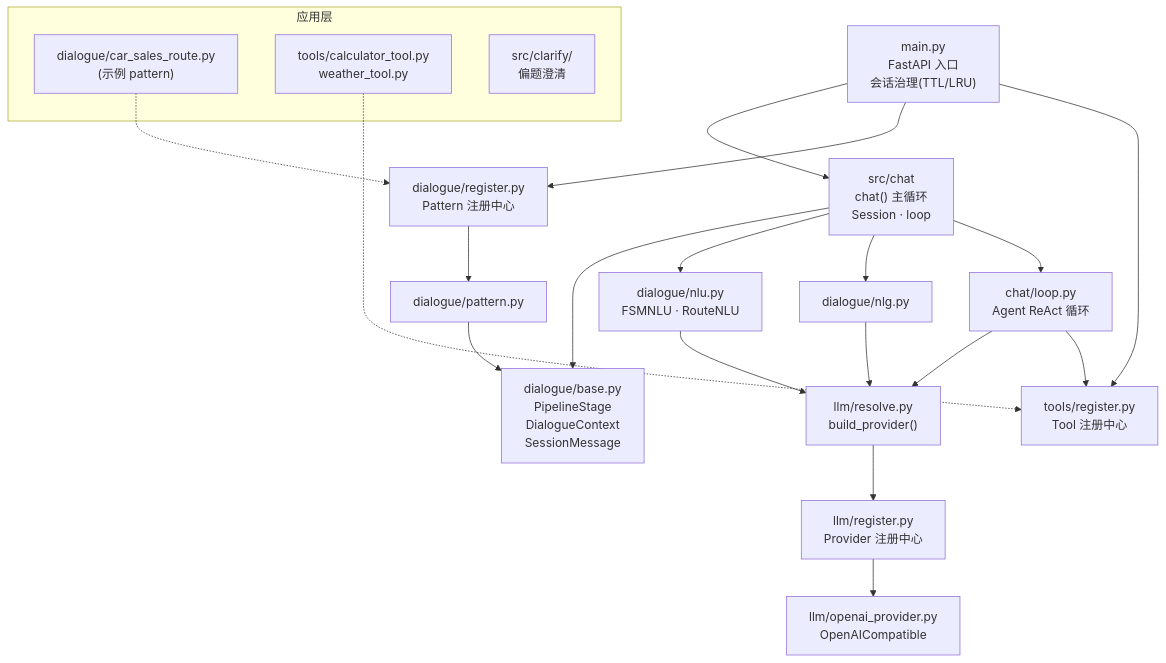
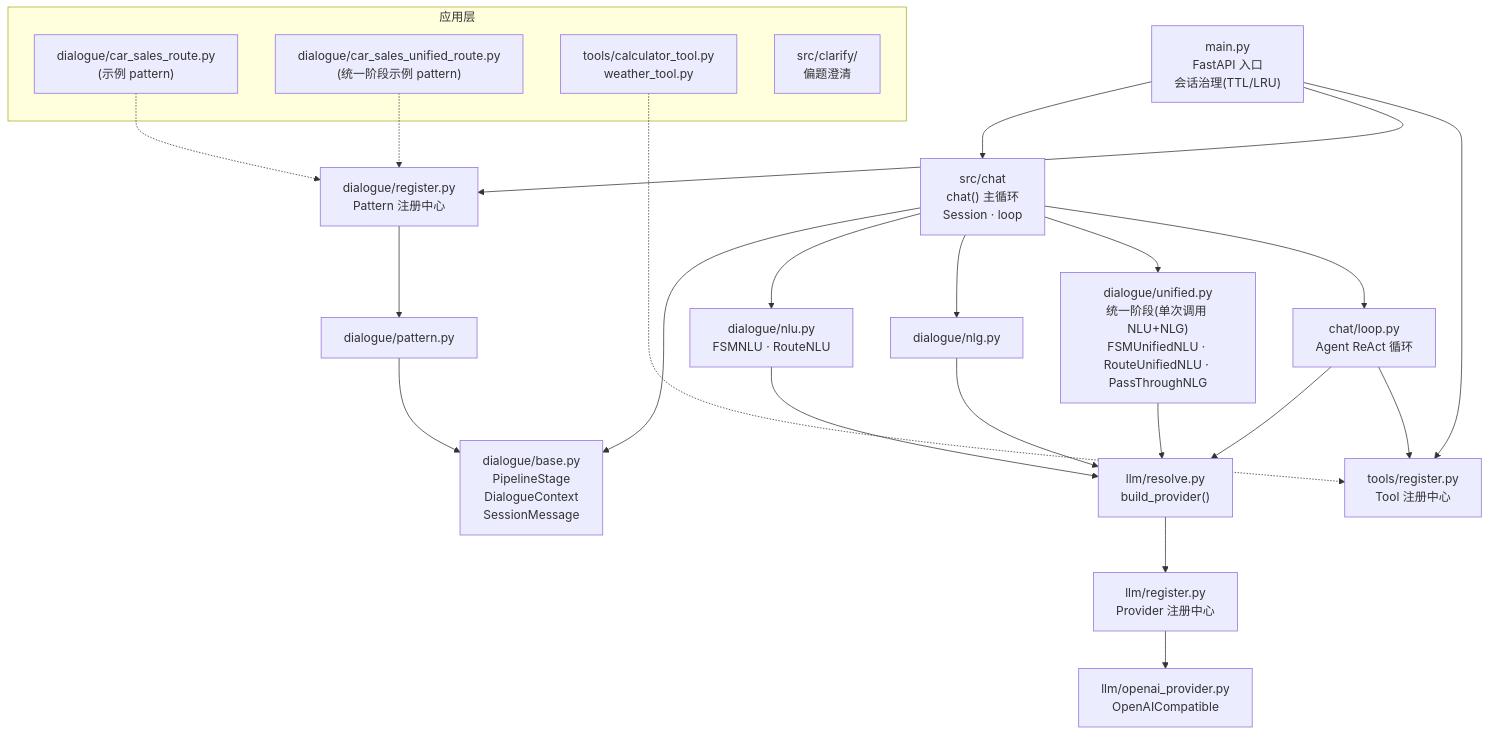
Before and after one commit to chengjian2018/hermes-nexus: the diagram in ARCHITECTURE.md, drawn with Mermaid. The commit also changed other lines of this file and 1 other file, not shown here.

Commit message:
docs: ARCHITECTURE/CLAUDE 补充统一阶段分层与接入说明
- 依赖图增加 unified.py 与 car_sales_unified 示例
- 核心概念补充统一阶段条目；什么代码放哪补充单次调用接入方式
- CLAUDE.md 框架扩展层纳入 unified.py

````diff
--- a/ARCHITECTURE.md
+++ b/ARCHITECTURE.md
@@ -7,30 +7,34 @@
 ```mermaid
 flowchart TB
     main["main.py<br/>FastAPI 入口<br/>会话治理(TTL/LRU)"] --> chat["src/chat<br/>chat() 主循环<br/>Session · loop"]
     main --> preg["dialogue/register.py<br/>Pattern 注册中心"]
     main --> treg["tools/register.py<br/>Tool 注册中心"]
 
     chat --> base["dialogue/base.py<br/>PipelineStage<br/>DialogueContext<br/>SessionMessage"]
     chat --> nlu["dialogue/nlu.py<br/>FSMNLU · RouteNLU"]
     chat --> nlg["dialogue/nlg.py"]
+    chat --> uni["dialogue/unified.py<br/>统一阶段(单次调用 NLU+NLG)<br/>FSMUnifiedNLU · RouteUnifiedNLU · PassThroughNLG"]
     chat --> loop2["chat/loop.py<br/>Agent ReAct 循环"]
 
     preg --> pattern["dialogue/pattern.py"]
     pattern --> base
 
     nlu --> resolve["llm/resolve.py<br/>build_provider()"]
     nlg --> resolve
+    uni --> resolve
     loop2 --> resolve
     loop2 --> treg
 
     resolve --> llmreg["llm/register.py<br/>Provider 注册中心"]
     llmreg --> oai["llm/openai_provider.py<br/>OpenAICompatible"]
 
     subgraph 应用层
         carsales["dialogue/car_sales_route.py<br/>(示例 pattern)"]
+        carsalesuni["dialogue/car_sales_unified_route.py<br/>(统一阶段示例 pattern)"]
         tools["tools/calculator_tool.py<br/>weather_tool.py"]
         clarify["src/clarify/<br/>偏题澄清"]
     end
     carsales -.-> preg
+    carsalesuni -.-> preg
     tools -.-> treg
 ```
````
